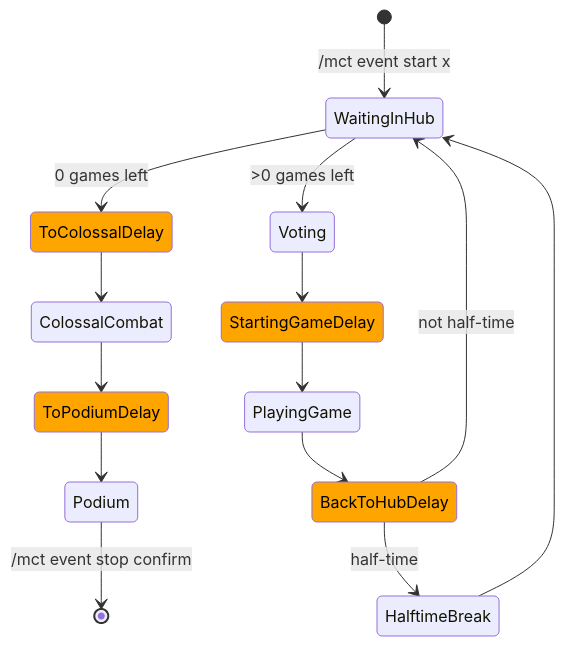
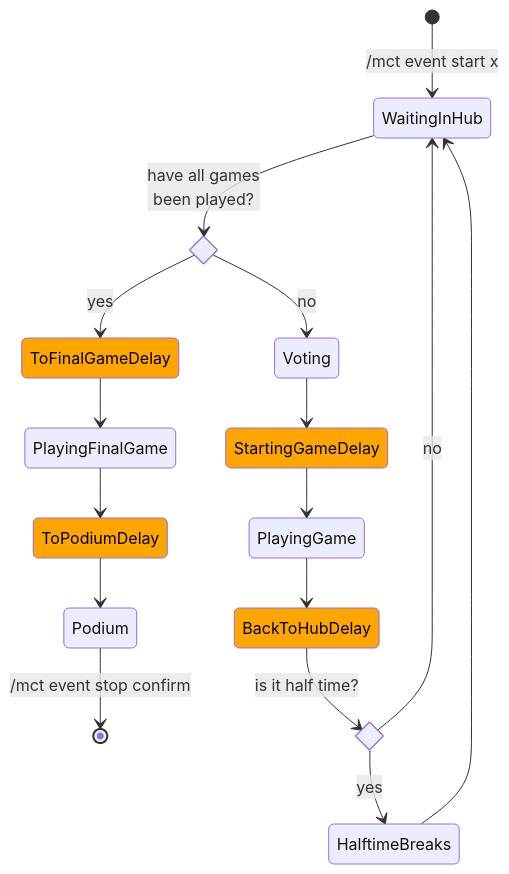
The diagram in docs/event-manager-flow.md (Braekpo1nt/MCTManager), drawn with Mermaid before and after one commit. The commit also changed 4 other files, not shown here.

````diff
--- a/docs/event-manager-flow.md
+++ b/docs/event-manager-flow.md
@@ -1,22 +1,26 @@
 ```mermaid
 stateDiagram
 direction TB
 classDef delay fill:orange,color:black
 
 [*] --> WaitingInHub: /mct event start x
-WaitingInHub --> ToColossalDelay: 0 games left
-ToColossalDelay--> ColossalCombat
-ColossalCombat --> ToPodiumDelay
+state games_left <<choice>>
+WaitingInHub --> games_left: have all games<br>been played?
+games_left --> ToFinalGameDelay: yes
+ToFinalGameDelay --> PlayingFinalGame
+PlayingFinalGame --> ToPodiumDelay
 ToPodiumDelay --> Podium
 Podium --> [*]: /mct event stop confirm
 
-WaitingInHub --> Voting: >0 games left
+games_left --> Voting: no
 Voting --> StartingGameDelay
 StartingGameDelay --> PlayingGame
 PlayingGame --> BackToHubDelay
-BackToHubDelay --> WaitingInHub: not half-time
-BackToHubDelay --> HalftimeBreak: half-time
-HalftimeBreak --> WaitingInHub
+state half_time <<choice>>
+BackToHubDelay --> half_time: is it half time?
+half_time --> HalftimeBreaks: yes
+half_time --> WaitingInHub: no
+HalftimeBreaks --> WaitingInHub
 
-class ToColossalDelay, ToPodiumDelay, StartingGameDelay, BackToHubDelay delay
+class ToFinalGameDelay, ToPodiumDelay, StartingGameDelay, BackToHubDelay delay
 ```
````
